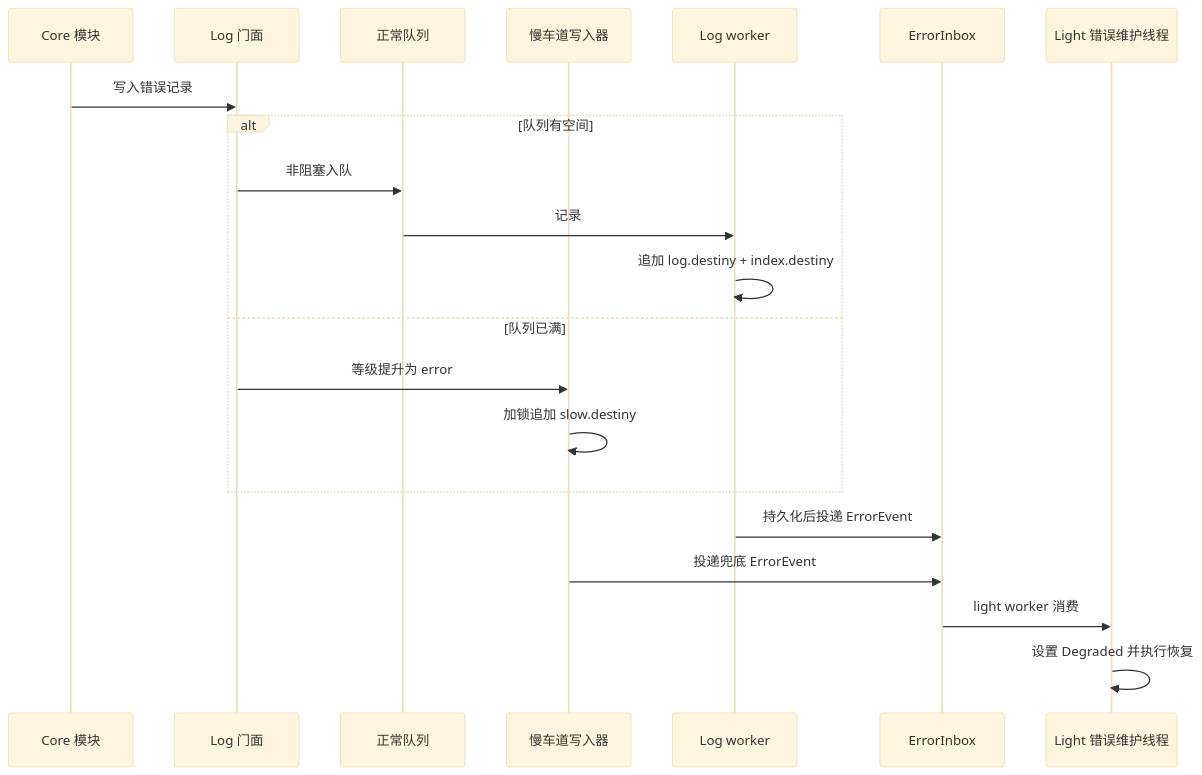
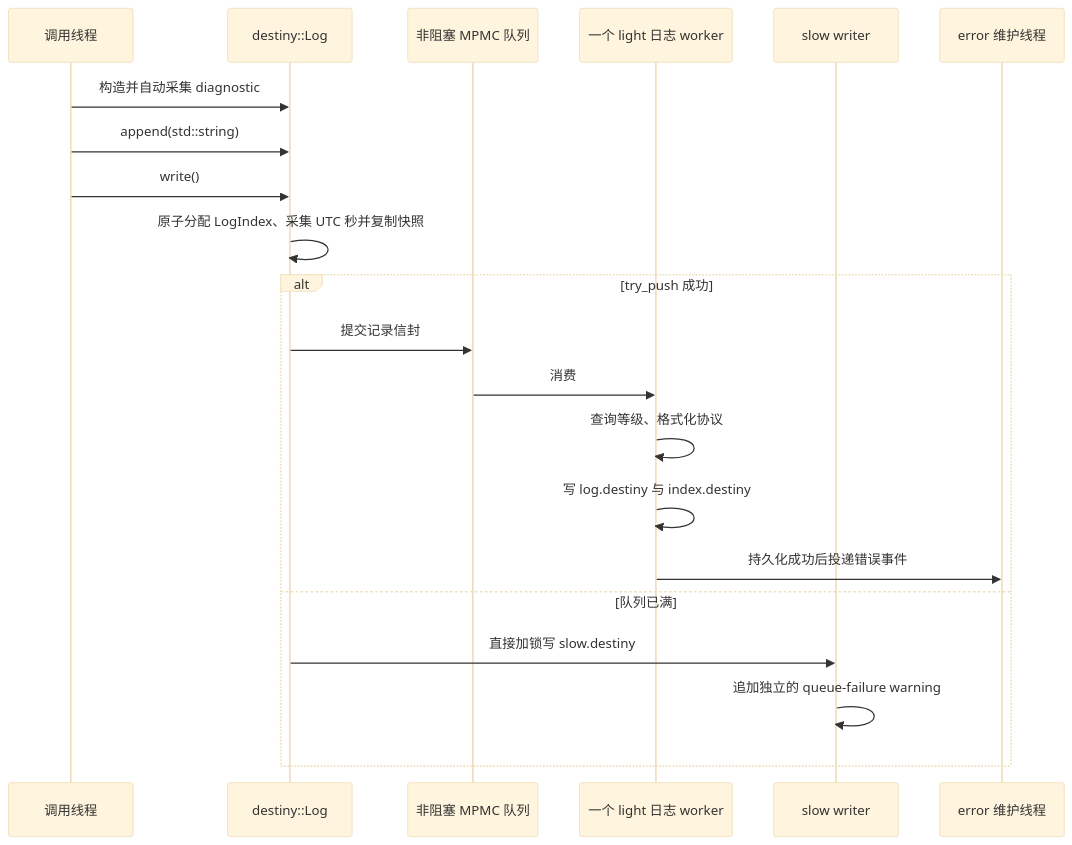
Before and after one commit to CarolDestiny/destiny-vscode: the second of 2 diagrams in code/core/ARCHITECTURE.zh-CN.md, drawn with Mermaid (base theme). The commit also changed other lines of this file and 21 other files, not shown here.

Commit message:
start destiny/core P0

````diff
--- a/code/core/ARCHITECTURE.zh-CN.md
+++ b/code/core/ARCHITECTURE.zh-CN.md
@@ -147,24 +205,24 @@
 ```mermaid
 sequenceDiagram
-    participant X as Core 模块
-    participant L as Log 门面
-    participant Q as 正常队列
-    participant S as 慢车道写入器
-    participant W as Log worker
-    participant I as ErrorInbox
-    participant H as Light 错误维护线程
+    participant C as 调用线程
+    participant O as destiny::Log
+    participant Q as 非阻塞 MPMC 队列
+    participant W as 一个 light 日志 worker
+    participant S as slow writer
+    participant E as error 维护线程
 
-    X->>L: 写入错误记录
-    alt 队列有空间
-        L->>Q: 非阻塞入队
-        Q->>W: 记录
-        W->>W: 追加 log.destiny + index.destiny
+    C->>O: 构造并自动采集 diagnostic
+    C->>O: append(std::string)
+    C->>O: write()
+    O->>O: 原子分配 LogIndex、采集 UTC 秒并复制快照
+    alt try_push 成功
+        O->>Q: 提交记录信封
+        Q->>W: 消费
+        W->>W: 查询等级、格式化协议
+        W->>W: 写 log.destiny 与 index.destiny
+        W->>E: 持久化成功后投递错误事件
     else 队列已满
-        L->>S: 等级提升为 error
-        S->>S: 加锁追加 slow.destiny
+        O->>S: 直接加锁写 slow.destiny
+        S->>S: 追加独立的 queue-failure warning
     end
-    W->>I: 持久化后投递 ErrorEvent
-    S->>I: 投递兜底 ErrorEvent
-    I->>H: light worker 消费
-    H->>H: 设置 Degraded 并执行恢复
 ```
````
